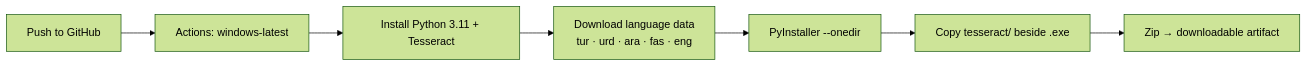
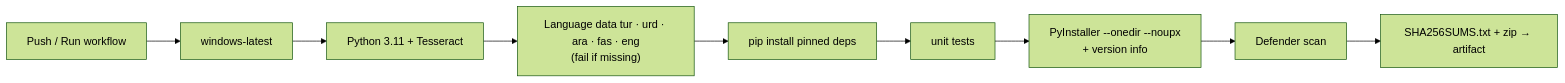
Before and after one commit to awsrmmustansarjavaid/charliemj-ocr-studio: the fourth of 4 diagrams in docs/ARCHITECTURE.md, drawn with Mermaid (forest theme). The commit also changed other lines of this file and 36 other files, not shown here.

````diff
--- a/docs/ARCHITECTURE.md
+++ b/docs/ARCHITECTURE.md
@@ -132,9 +108,11 @@
 ```mermaid
 flowchart LR
-    A["Push to GitHub"] --> B["Actions: windows-latest"]
-    B --> C["Install Python 3.11 + Tesseract"]
-    C --> D["Download language data<br/>tur · urd · ara · fas · eng"]
-    D --> E["PyInstaller --onedir"]
-    E --> F["Copy tesseract/ beside .exe"]
-    F --> G["Zip → downloadable artifact"]
+    A["Push / Run workflow"] --> B["windows-latest"]
+    B --> C["Python 3.11 + Tesseract"]
+    C --> D["Language data tur · urd · ara · fas · eng<br/>(fail if missing)"]
+    D --> E["pip install pinned deps"]
+    E --> F["unit tests"]
+    F --> G["PyInstaller --onedir --noupx<br/>+ version info"]
+    G --> H["Defender scan"]
+    H --> I["SHA256SUMS.txt + zip → artifact"]
 ```
````
